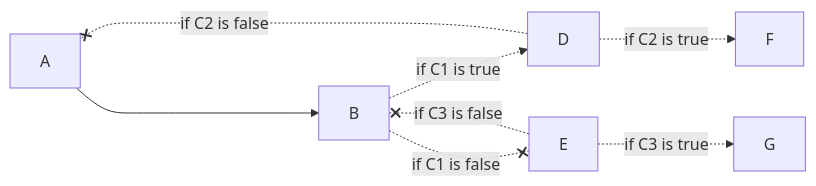
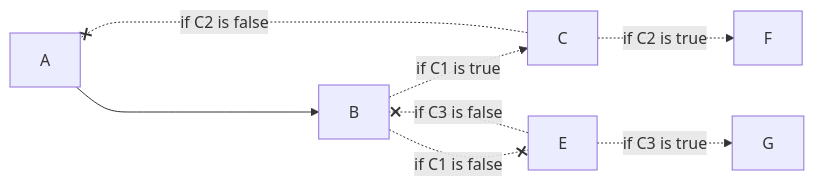
Before and after one commit to OlofMorraNavara/TemporalQuestions: the fourth of 4 diagrams in README.md, drawn with Mermaid. The commit also changed 8 other files, not shown here.

````diff
--- a/README.md
+++ b/README.md
@@ -50,10 +50,10 @@
 ```mermaid
 flowchart LR
     A ----> B
-    B -.if C1 is true.-> D
-    D -.if C2 is true.-> F
-    D -.if C2 is false.-x A
+    B -.if C1 is true.-> C
+    C -.if C2 is true.-> F
+    C -.if C2 is false.-x A
     B -.if C1 is false.-x E
     E -.if C3 is true.-> G
     E -.if C3 is false.-x B
 ```
````
